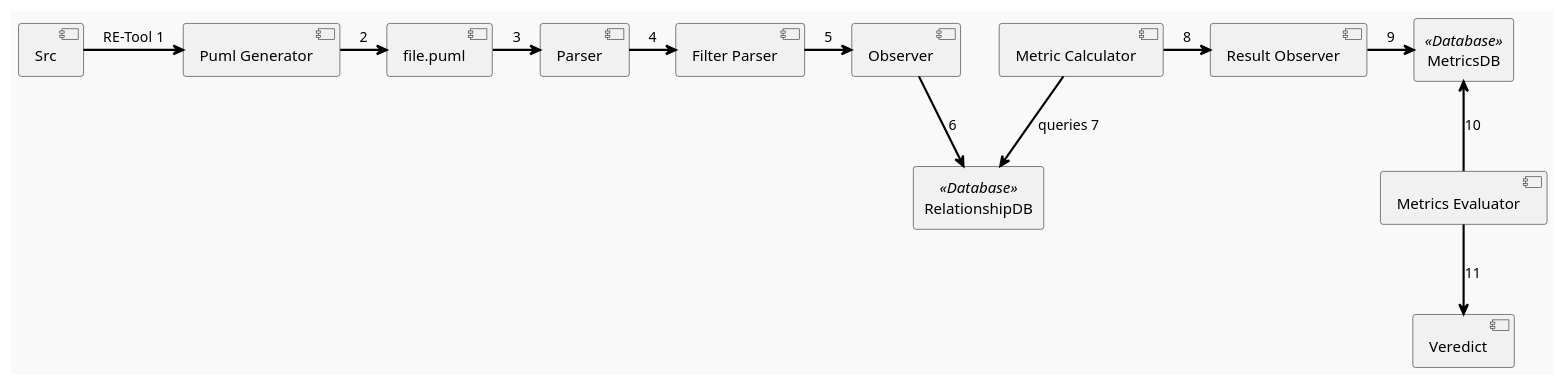
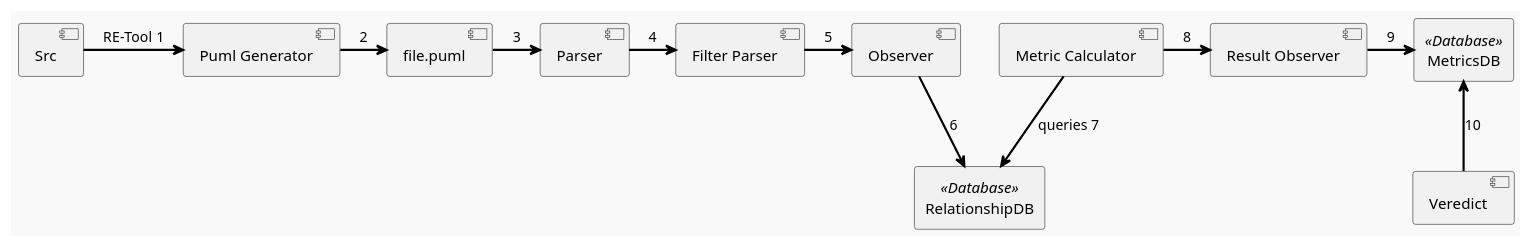
One commit to GonzaloGarciaZurlo/CodeDesignDeltaEvaluator changed the diagram in Design/ComunicationDiagram.plantuml. Above: the diagram before and after it, drawn with PlantUML. The commit also changed 5 other files, not shown here.

Commit message:
uml updates

```diff
--- a/Design/ComunicationDiagram.plantuml
+++ b/Design/ComunicationDiagram.plantuml
@@ -1,28 +1,27 @@
 @startuml ComunicationDiagram
 skinparam packageStyle rectangle
 skinparam shadowing false
 skinparam backgroundColor #F9F9F9
 skinparam packageBackgroundColor #DDDDDD
 skinparam packageBorderColor #000000
 skinparam arrowColor #000000
 skinparam arrowThickness 2
 
 package "RelationshipDB" <<Database>> {
 }
 
 package "MetricsDB" <<Database>> {
 }
 
 [Src] -> [Puml Generator] : RE-Tool 1
 [Puml Generator] -> [file.puml] : 2
 [file.puml] -> [Parser] : 3
 [Parser] -> [Filter Parser] : 4
 [Filter Parser] -> [Observer] : 5
 [Observer] --> [RelationshipDB] : 6
 [Metric Calculator] --> [RelationshipDB] : queries 7
 [Metric Calculator] -> [Result Observer] : 8
 [Result Observer] -> [MetricsDB] : 9
-[MetricsDB] <-- [Metrics Evaluator] : 10
-[Metrics Evaluator] --> [Veredict] : 11
+[MetricsDB] <-- [Veredict] : 10
 
 @enduml
```
